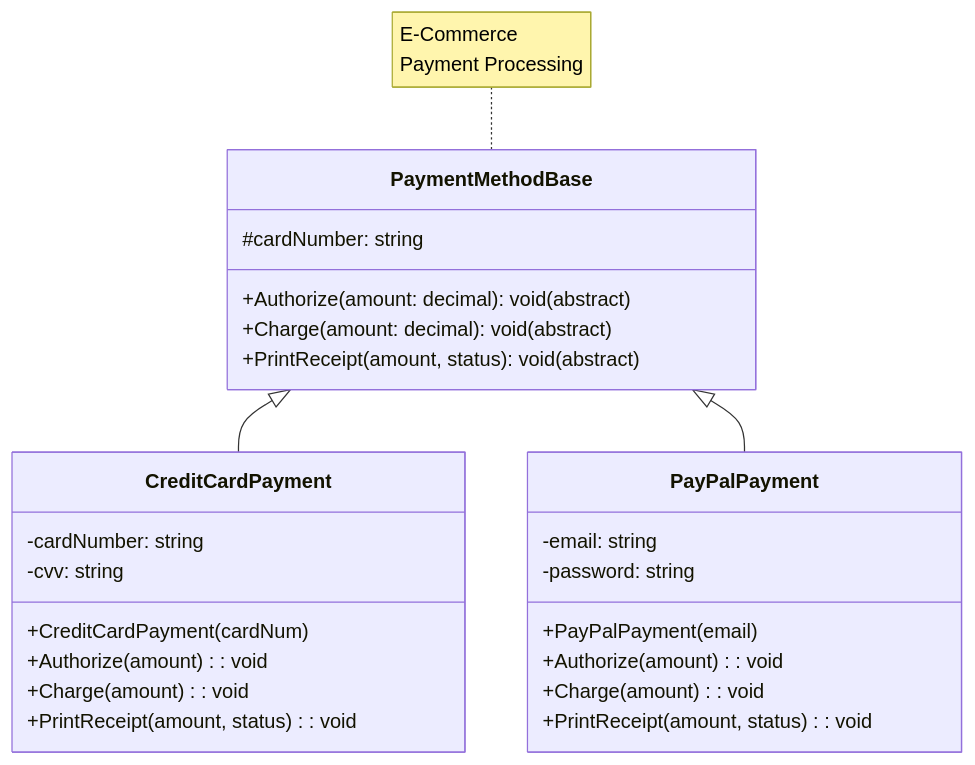
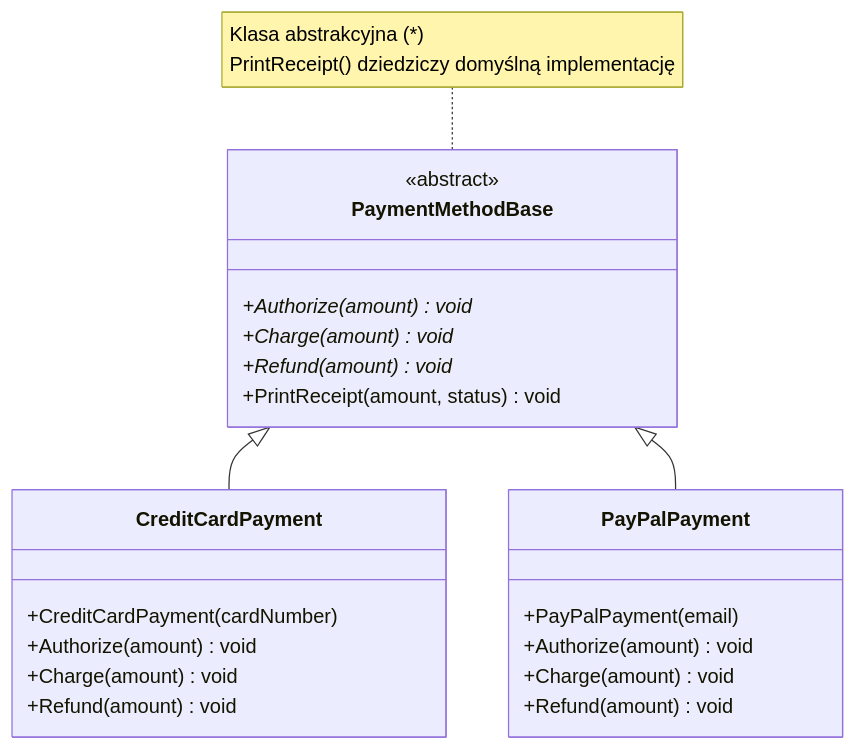
One commit to tborzyszkowski/csharp-programming changed the third of 4 diagrams in src/07-interfejsy_abstrakcje/_01_abstract_classes_intro/diagrams/class_hierarchy.md. Above: the diagram before and after it, drawn with Mermaid. The commit also changed other lines of this file and 12 other files, not shown here.

````diff
--- a/src/07-interfejsy_abstrakcje/_01_abstract_classes_intro/diagrams/class_hierarchy.md
+++ b/src/07-interfejsy_abstrakcje/_01_abstract_classes_intro/diagrams/class_hierarchy.md
@@ -84,35 +87,32 @@
 ```mermaid
 classDiagram
     direction TB
     
     %% Payment Abstract Base
     class PaymentMethodBase {
-        #cardNumber: string
-        +Authorize(amount: decimal): void (abstract)
-        +Charge(amount: decimal): void (abstract)
-        +PrintReceipt(amount, status): void (abstract)
+        <<abstract>>
+        +Authorize(amount)* void
+        +Charge(amount)* void
+        +Refund(amount)* void
+        +PrintReceipt(amount, status) void
     }
     
     class CreditCardPayment {
-        -cardNumber: string
-        -cvv: string
-        +CreditCardPayment(cardNum)
-        +Authorize(amount): void
-        +Charge(amount): void
-        +PrintReceipt(amount, status): void
+        +CreditCardPayment(cardNumber)
+        +Authorize(amount) void
+        +Charge(amount) void
+        +Refund(amount) void
     }
     
     class PayPalPayment {
-        -email: string
-        -password: string
         +PayPalPayment(email)
-        +Authorize(amount): void
-        +Charge(amount): void
-        +PrintReceipt(amount, status): void
+        +Authorize(amount) void
+        +Charge(amount) void
+        +Refund(amount) void
     }
     
     PaymentMethodBase <|-- CreditCardPayment
     PaymentMethodBase <|-- PayPalPayment
     
-    note for PaymentMethodBase "E-Commerce<br/>Payment Processing"
+    note for PaymentMethodBase "Klasa abstrakcyjna (*)<br/>PrintReceipt() dziedziczy domyślną implementację"
 ```
````
